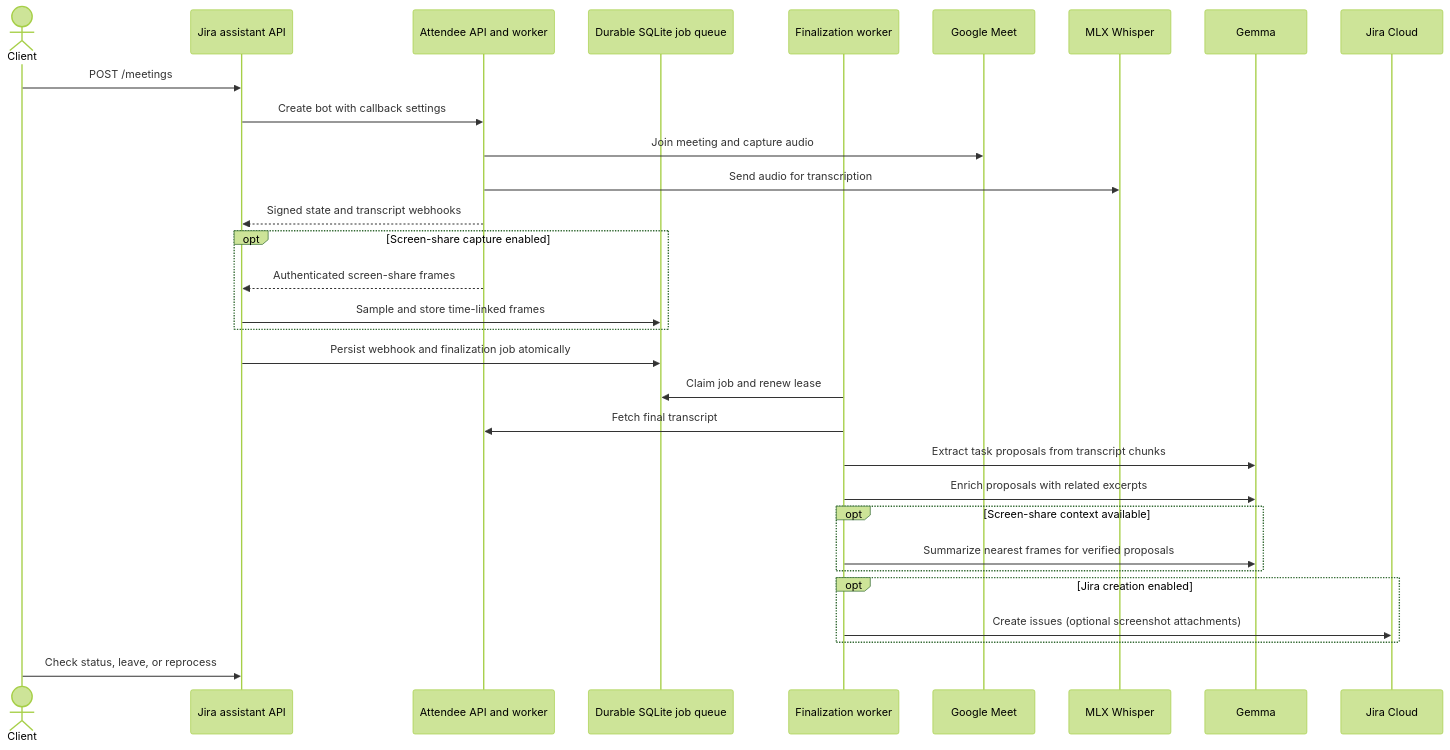
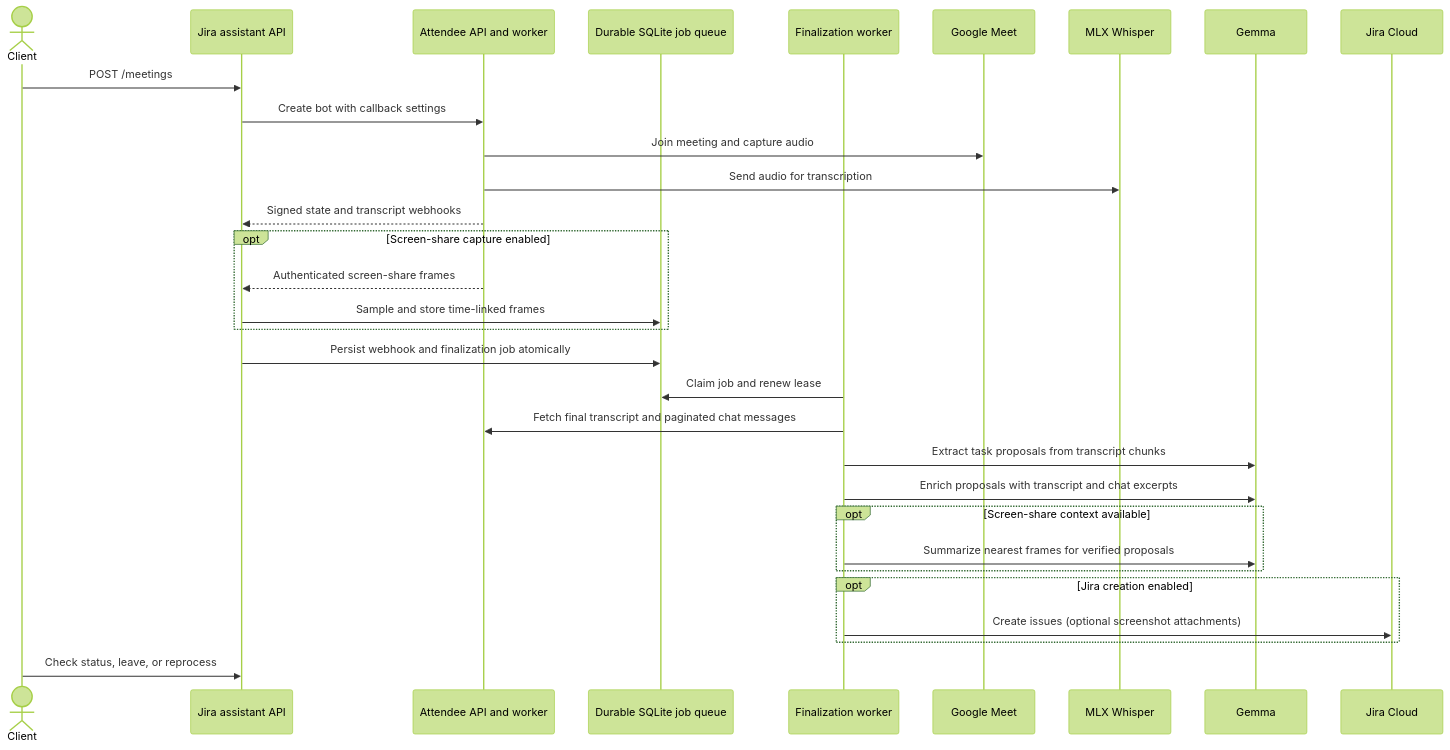
Before and after one commit to freymend/jira-bot: the diagram in README.md, drawn with Mermaid (forest theme). The commit also changed other lines of this file and 7 other files, not shown here.

Commit message:
feat: use google meet chat messages for enrichment

````diff
--- a/README.md
+++ b/README.md
@@ -14,34 +14,34 @@
 ```mermaid
 sequenceDiagram
     actor Client
     participant API as Jira assistant API
     participant Attendee as Attendee API and worker
     participant Queue as Durable SQLite job queue
     participant Worker as Finalization worker
     participant Meet as Google Meet
     participant Whisper as MLX Whisper
     participant Gemma
     participant Jira as Jira Cloud
 
     Client->>API: POST /meetings
     API->>Attendee: Create bot with callback settings
     Attendee->>Meet: Join meeting and capture audio
     Attendee->>Whisper: Send audio for transcription
     Attendee-->>API: Signed state and transcript webhooks
     opt Screen-share capture enabled
       Attendee-->>API: Authenticated screen-share frames
       API->>Queue: Sample and store time-linked frames
     end
     API->>Queue: Persist webhook and finalization job atomically
     Worker->>Queue: Claim job and renew lease
-    Worker->>Attendee: Fetch final transcript
+    Worker->>Attendee: Fetch final transcript and paginated chat messages
     Worker->>Gemma: Extract task proposals from transcript chunks
-    Worker->>Gemma: Enrich proposals with related excerpts
+    Worker->>Gemma: Enrich proposals with transcript and chat excerpts
     opt Screen-share context available
       Worker->>Gemma: Summarize nearest frames for verified proposals
     end
     opt Jira creation enabled
       Worker->>Jira: Create issues (optional screenshot attachments)
     end
     Client->>API: Check status, leave, or reprocess
 ```
````
